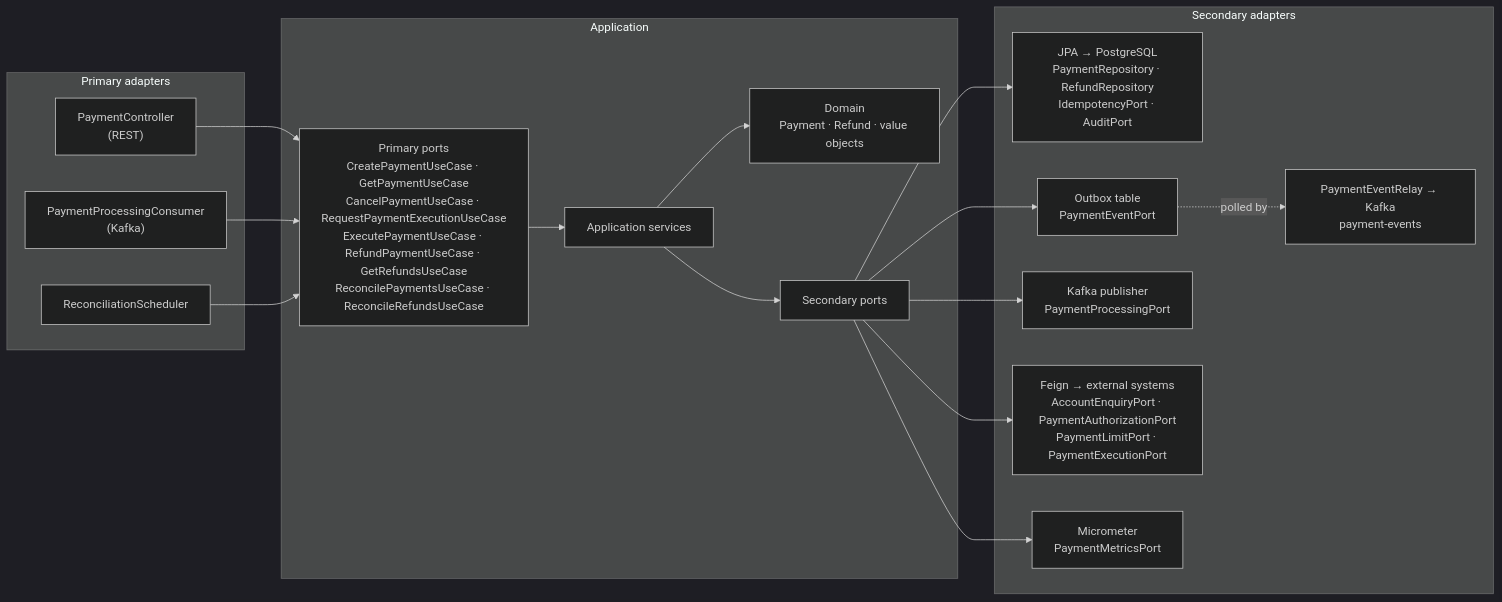
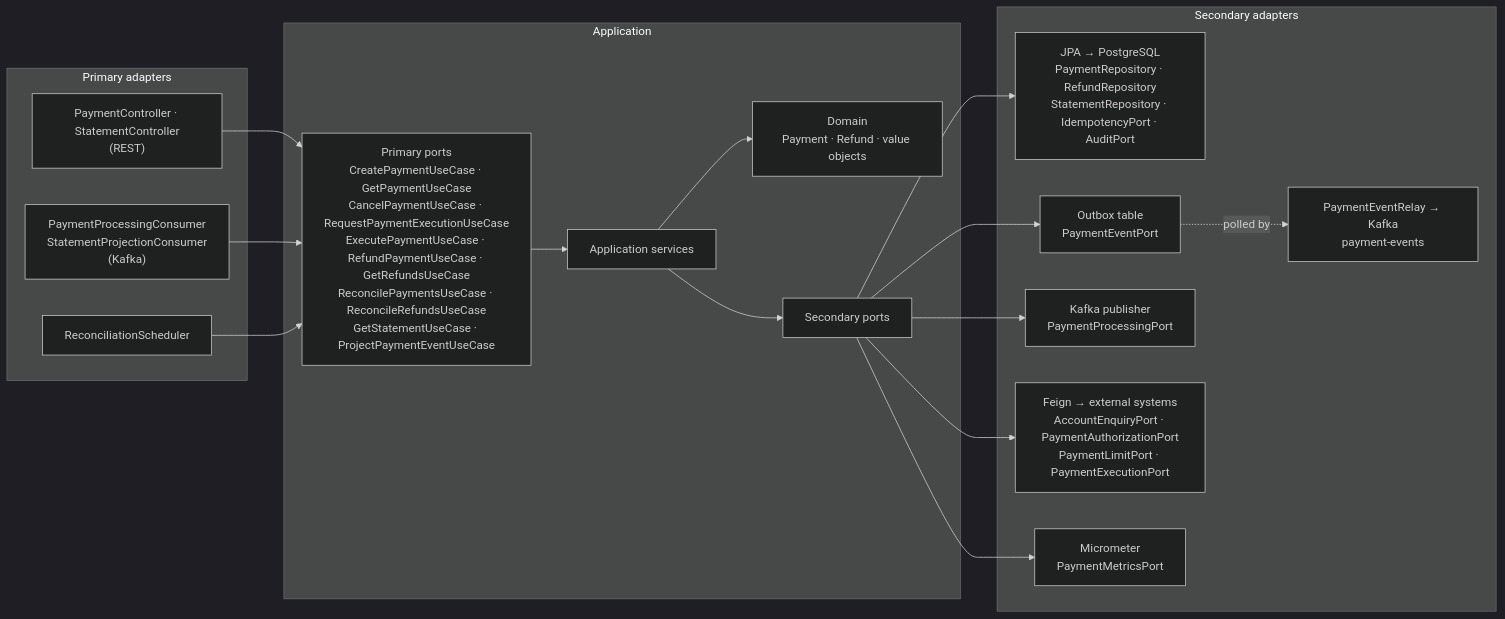
The second of 2 diagrams in README.md (codeaiforge/java-payment-service), drawn with Mermaid (dark theme) before and after one commit. The commit also changed other lines of this file and 28 other files, not shown here.

First line of the commit message:
feat(payment): add a payment statement read model fed by payment events (bonus 09)

````diff
--- a/README.md
+++ b/README.md
@@ -63,36 +64,36 @@
 ```mermaid
 flowchart LR
     subgraph primary["Primary adapters"]
-        web["PaymentController<br/>(REST)"]
-        consumer["PaymentProcessingConsumer<br/>(Kafka)"]
+        web["PaymentController · StatementController<br/>(REST)"]
+        consumer["PaymentProcessingConsumer<br/>StatementProjectionConsumer<br/>(Kafka)"]
         scheduler["ReconciliationScheduler"]
     end
 
     subgraph app["Application"]
-        uc["Primary ports<br/>CreatePaymentUseCase · GetPaymentUseCase<br/>CancelPaymentUseCase · RequestPaymentExecutionUseCase<br/>ExecutePaymentUseCase · RefundPaymentUseCase · GetRefundsUseCase<br/>ReconcilePaymentsUseCase · ReconcileRefundsUseCase"]
+        uc["Primary ports<br/>CreatePaymentUseCase · GetPaymentUseCase<br/>CancelPaymentUseCase · RequestPaymentExecutionUseCase<br/>ExecutePaymentUseCase · RefundPaymentUseCase · GetRefundsUseCase<br/>ReconcilePaymentsUseCase · ReconcileRefundsUseCase<br/>GetStatementUseCase · ProjectPaymentEventUseCase"]
         services["Application services"]
         domain["Domain<br/>Payment · Refund · value objects"]
         sp["Secondary ports"]
         uc --> services --> domain
         services --> sp
     end
 
     subgraph secondary["Secondary adapters"]
-        jpa["JPA → PostgreSQL<br/>PaymentRepository · RefundRepository<br/>IdempotencyPort · AuditPort"]
+        jpa["JPA → PostgreSQL<br/>PaymentRepository · RefundRepository<br/>StatementRepository · IdempotencyPort · AuditPort"]
         outbox["Outbox table<br/>PaymentEventPort"]
         relay["PaymentEventRelay → Kafka<br/>payment-events"]
         publisher["Kafka publisher<br/>PaymentProcessingPort"]
         feign["Feign → external systems<br/>AccountEnquiryPort · PaymentAuthorizationPort<br/>PaymentLimitPort · PaymentExecutionPort"]
         metrics["Micrometer<br/>PaymentMetricsPort"]
     end
 
     web --> uc
     consumer --> uc
     scheduler --> uc
     sp --> jpa
     sp --> outbox
     outbox -. polled by .-> relay
     sp --> publisher
     sp --> feign
     sp --> metrics
 ```
````
